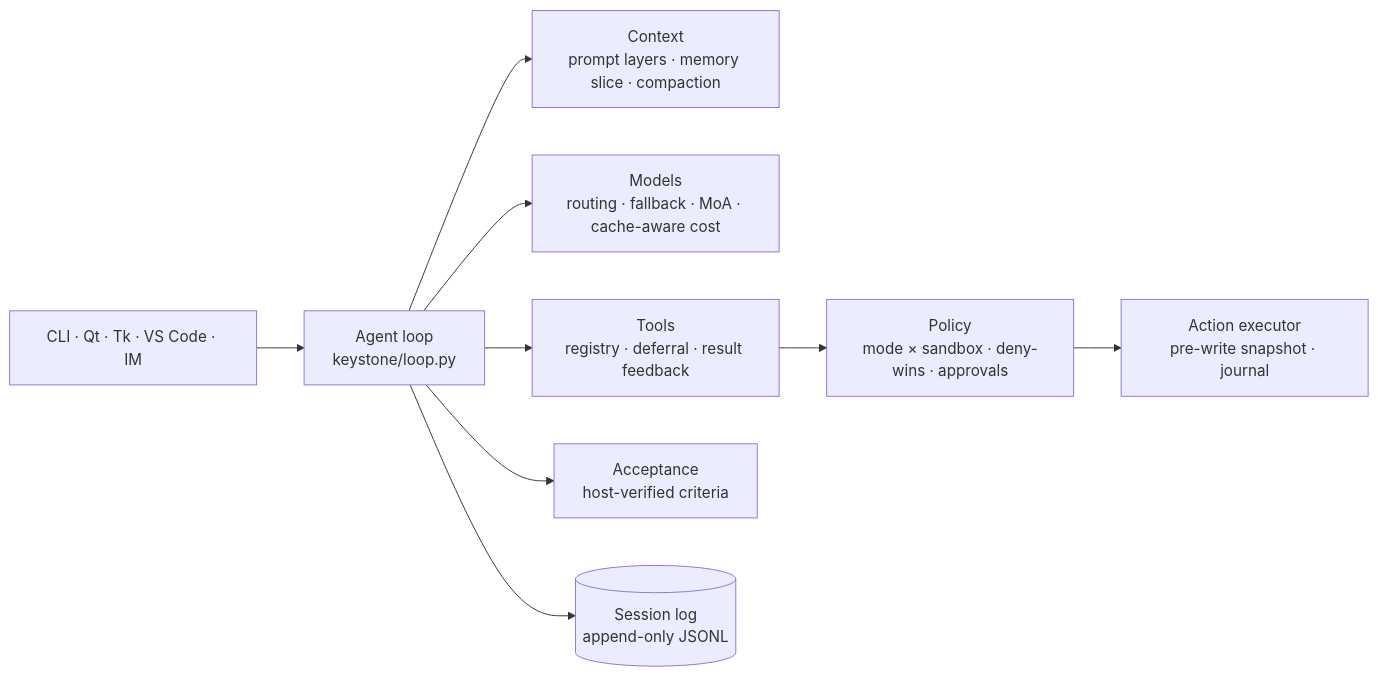
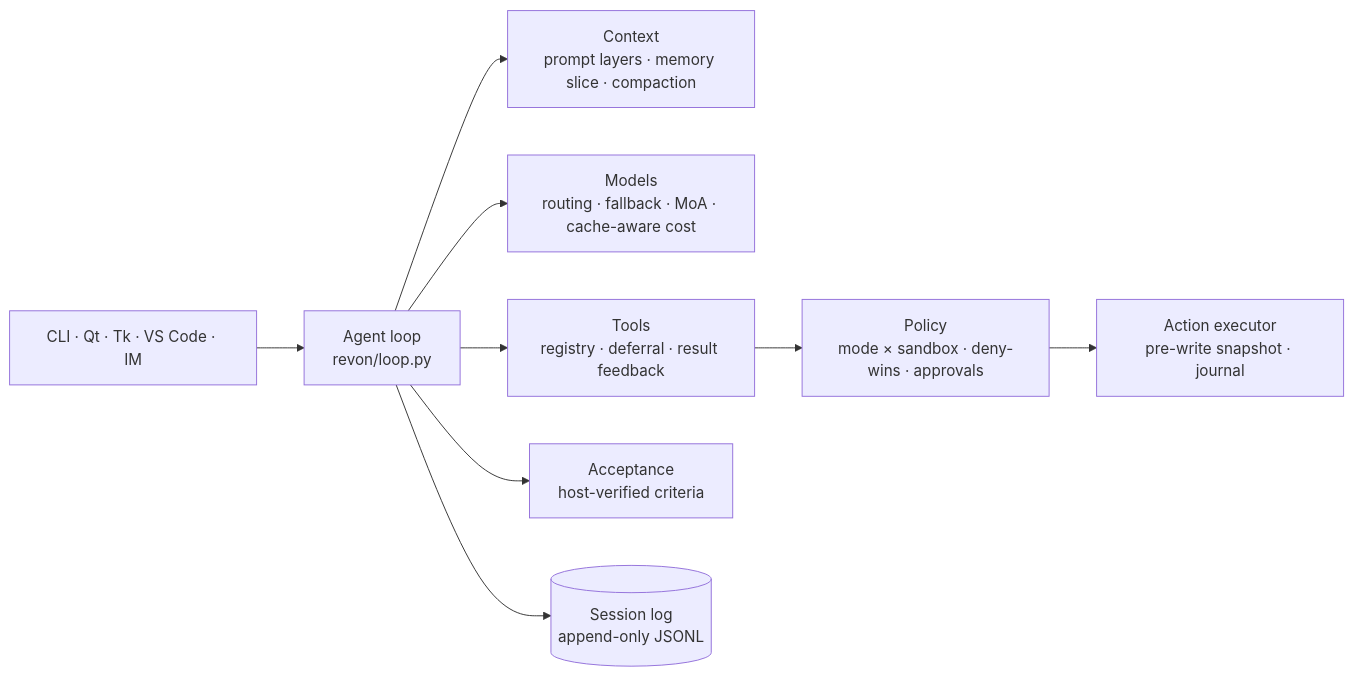
One commit to suyunpledge/pledge-evolving changed the diagram in README.md. Above: the diagram before and after it, drawn with Mermaid. The commit also changed other lines of this file and 1520 other files, not shown here.

````diff
--- a/README.md
+++ b/README.md
@@ -69,11 +69,11 @@
 ```mermaid
 flowchart LR
-    U[CLI · Qt · Tk · VS Code · IM] --> L[Agent loop<br/>keystone/loop.py]
+    U[CLI · Qt · Tk · VS Code · IM] --> L[Agent loop<br/>revon/loop.py]
     L --> C[Context<br/>prompt layers · memory slice · compaction]
     L --> M[Models<br/>routing · fallback · MoA · cache-aware cost]
     L --> T[Tools<br/>registry · deferral · result feedback]
     T --> P[Policy<br/>mode × sandbox · deny-wins · approvals]
     P --> X[Action executor<br/>pre-write snapshot · journal]
     L --> A[Acceptance<br/>host-verified criteria]
     L --> S[(Session log<br/>append-only JSONL)]
 ```
````
